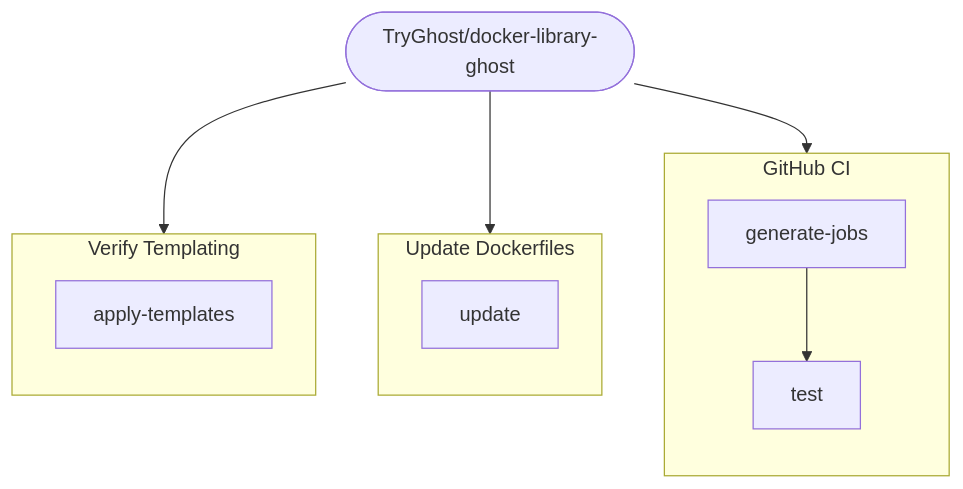
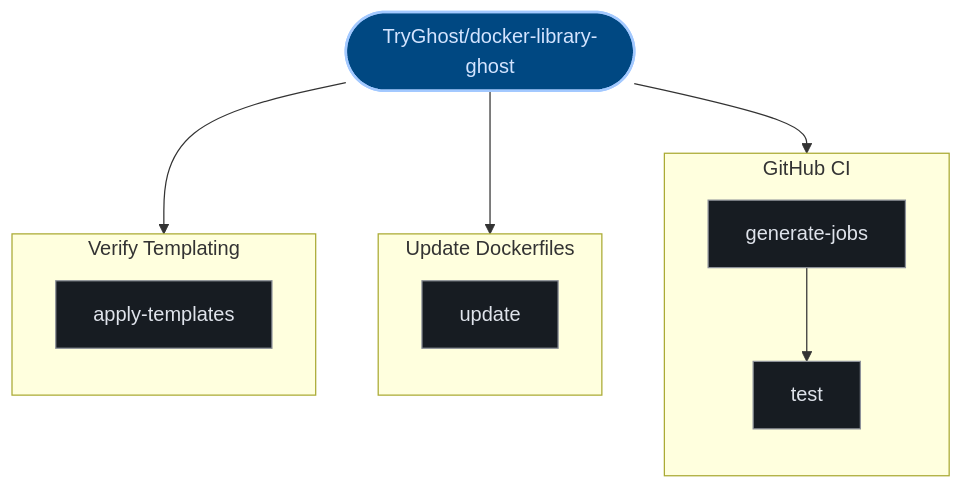
One commit to kumarshaz/atruss-code-atlas changed the third of 3 diagrams in exports/latest/reports/TryGhost-docker-library-ghost-report.md. Above: the diagram before and after it, drawn with Mermaid. The commit also changed other lines of this file and 331 other files, not shown here.

Commit message:
docs,ui,fix: update SDLC docs, reorder CI/CD DAG first, stylize Mermaid, and fix Arc42 pipeline topology

````diff
--- a/exports/latest/reports/TryGhost-docker-library-ghost-report.md
+++ b/exports/latest/reports/TryGhost-docker-library-ghost-report.md
@@ -116,21 +127,28 @@
 ```mermaid
 graph TD;
-  pipeline_root(["TryGhost/docker-library-ghost"])
+  classDef atlasRoot fill:#004882,stroke:#a3c9ff,stroke-width:2px,color:#d3e4ff
+  classDef atlasCategory fill:#212428,stroke:#E87A48,stroke-width:1.5px,color:#dfe3eb
+  classDef atlasWorkflow fill:#1b2026,stroke:#a3c9ff,stroke-width:1.5px,color:#dfe3eb
+  classDef atlasJob fill:#171c22,stroke:#8d9199,stroke-width:1px,color:#dfe3eb
+  classDef atlasTarget fill:#005227,stroke:#8bd99b,stroke-width:1.5px,color:#a7f6b6
+  classDef atlasAlert fill:#93000a,stroke:#ffb4ab,stroke-width:1.5px,color:#ffdad6
+  classDef atlasMore fill:#252a31,stroke:#8d9199,stroke-dasharray:4 4,color:#c3c6cf
+  pipeline_root(["TryGhost/docker-library-ghost"]):::atlasRoot
   subgraph GitHub_CI_0["GitHub CI"]
     direction TB
-    0_generate_jobs["generate-jobs"]
-    0_test["test"]
+    0_generate_jobs["generate-jobs"]:::atlasJob
+    0_test["test"]:::atlasJob
     0_generate_jobs --> 0_test
   end
   pipeline_root --> 0_generate_jobs
   subgraph Update_Dockerfiles_1["Update Dockerfiles"]
     direction TB
-    1_update["update"]
+    1_update["update"]:::atlasJob
   end
   pipeline_root --> 1_update
   subgraph Verify_Templating_2["Verify Templating"]
     direction TB
-    2_apply_templates["apply-templates"]
+    2_apply_templates["apply-templates"]:::atlasJob
   end
   pipeline_root --> 2_apply_templates
 ```
````
